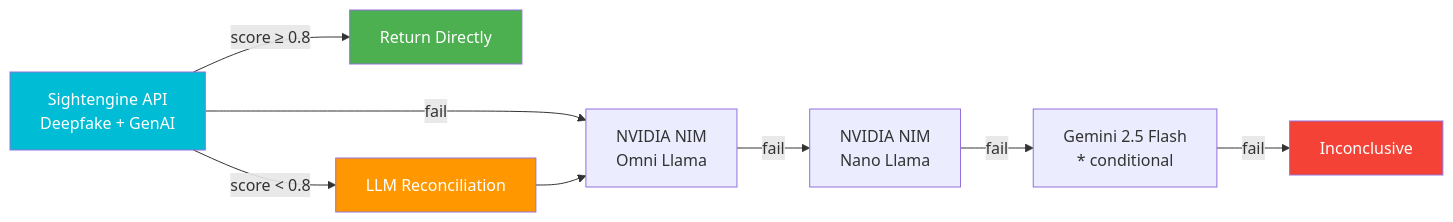
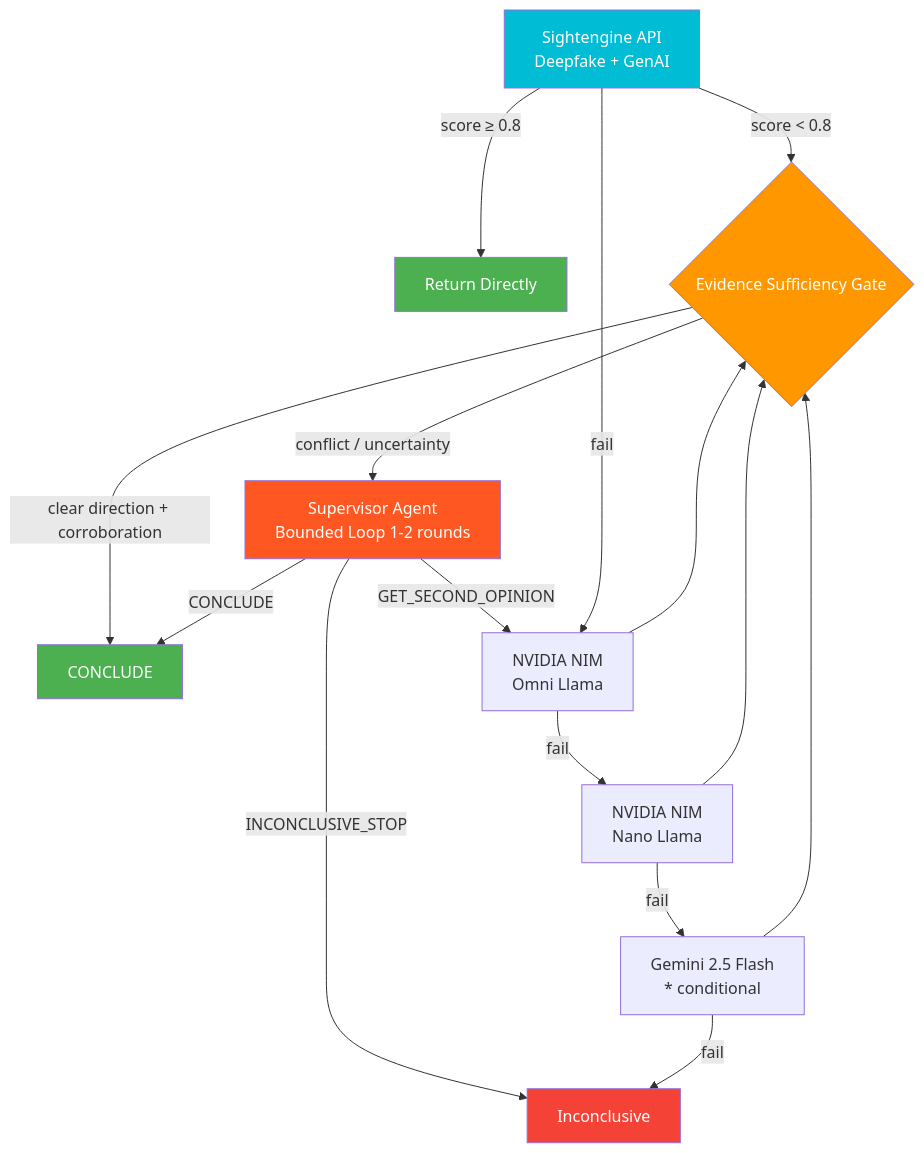
One commit to Amrutha-dev25/DeepGaurd-AI changed the third of 3 diagrams in deepguard-ai/README.md. Above: the diagram before and after it, drawn with Mermaid. The commit also changed other lines of this file and 6 other files, not shown here.

Commit message:
Updated the documentation according to the new architecture

````diff
--- a/deepguard-ai/README.md
+++ b/deepguard-ai/README.md
@@ -108,14 +114,23 @@
 ```mermaid
-flowchart LR
+flowchart TD
     A1[Sightengine API<br/>Deepfake + GenAI] -->|score ≥ 0.8| RETURN[Return Directly]
-    A1 -->|score < 0.8| RECONCILE[LLM Reconciliation]
-    A1 -->|fail| A2[NVIDIA NIM<br/>Omni Llama]
+    A1 -->|score < 0.8| GATE{Evidence Sufficiency Gate}
+    GATE -->|clear direction + corroboration| CONV[CONCLUDE]
+    GATE -->|conflict / uncertainty| SUP[Supervisor Agent<br/>Bounded Loop 1-2 rounds]
+    SUP -->|CONCLUDE| CONV
+    SUP -->|GET_SECOND_OPINION| A2[NVIDIA NIM<br/>Omni Llama]
+    SUP -->|INCONCLUSIVE_STOP| INC[Inconclusive]
+    A1 -->|fail| A2
     A2 -->|fail| A3[NVIDIA NIM<br/>Nano Llama]
     A3 -->|fail| A4[Gemini 2.5 Flash<br/>* conditional]
-    A4 -->|fail| INC[Inconclusive]
-    RECONCILE --> A2
+    A4 -->|fail| INC
+    A2 --> GATE
+    A3 --> GATE
+    A4 --> GATE
     style A1 fill:#00bcd4,color:#fff
     style RETURN fill:#4caf50,color:#fff
-    style RECONCILE fill:#ff9800,color:#fff
+    style GATE fill:#ff9800,color:#fff
+    style SUP fill:#ff5722,color:#fff
+    style CONV fill:#4caf50,color:#fff
     style INC fill:#f44336,color:#fff
 ```
````
